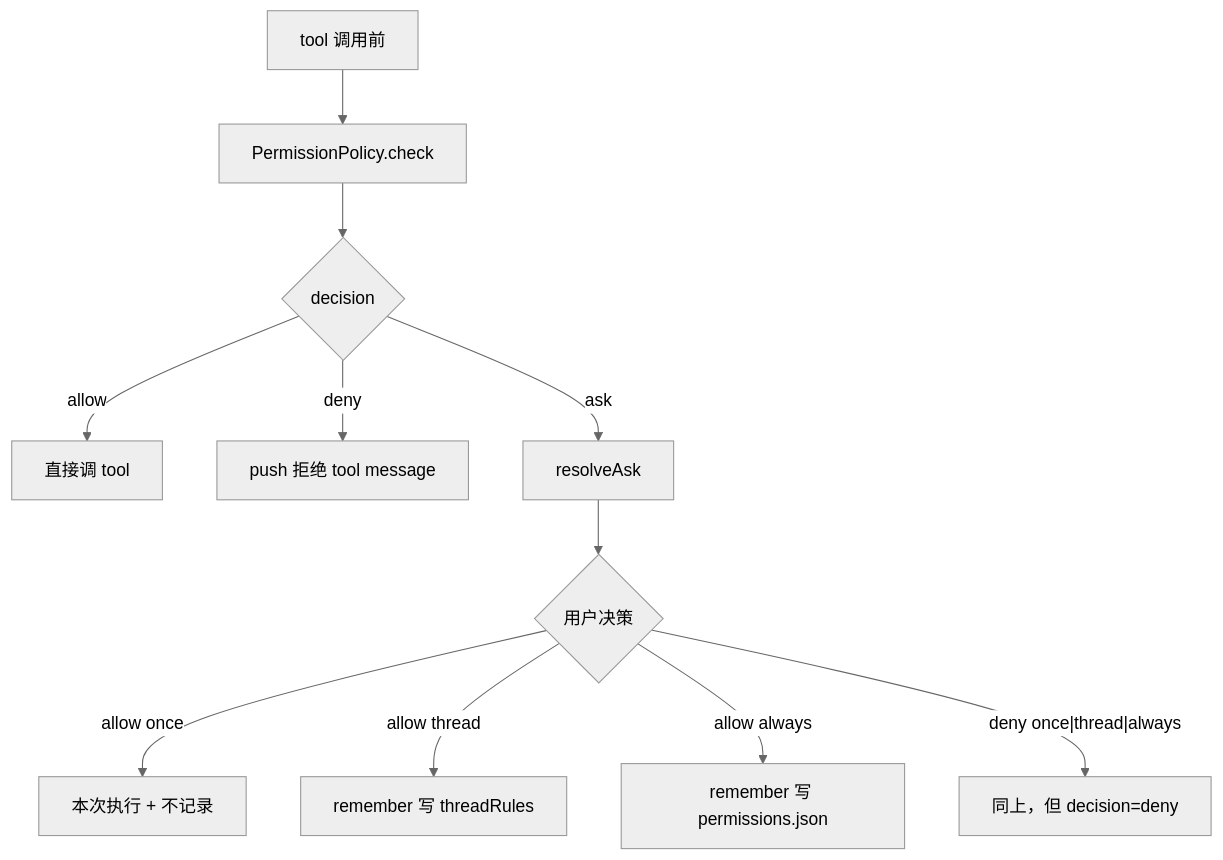
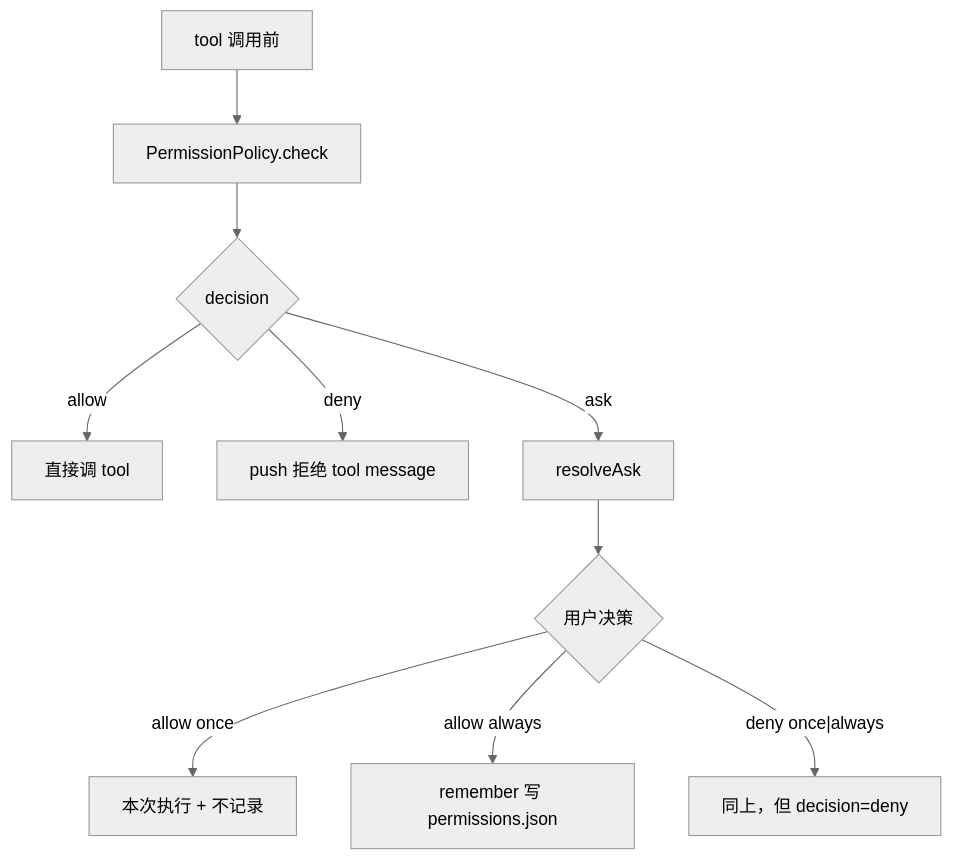
Before and after one commit to Lixuhang987/Wisp-Pocket: the diagram in packages/core/src/permission/permission.md, drawn with Mermaid (neutral theme). The commit also changed other lines of this file and 7 other files, not shown here.

````diff
--- a/packages/core/src/permission/permission.md
+++ b/packages/core/src/permission/permission.md
@@ -14,13 +14,12 @@
 ```mermaid
 flowchart TD
   A[tool 调用前] --> B[PermissionPolicy.check]
   B --> C{decision}
   C -- allow --> H[直接调 tool]
   C -- deny --> I[push 拒绝 tool message]
   C -- ask --> D[resolveAsk]
   D --> E{用户决策}
   E -- allow once --> F[本次执行 + 不记录]
-  E -- allow thread --> G[remember 写 threadRules]
   E -- allow always --> J[remember 写 permissions.json]
-  E -- deny once|thread|always --> K[同上，但 decision=deny]
+  E -- deny once|always --> K[同上，但 decision=deny]
 ```
````
